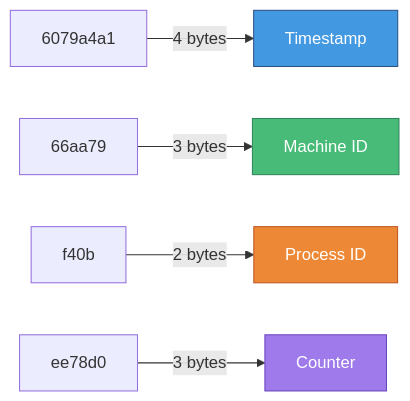
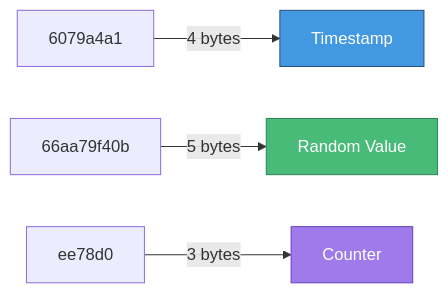
Before and after one commit to VIVES-Zuid/node: the first of 4 diagrams in 09-Mongoose-Modeling/07-objectids.md, drawn with Mermaid. The commit also changed other lines of this file and 24 other files, not shown here.

````diff
--- a/09-Mongoose-Modeling/07-objectids.md
+++ b/09-Mongoose-Modeling/07-objectids.md
@@ -27,12 +27,10 @@
 ```mermaid
 graph LR
     A[6079a4a1] -->|4 bytes| B[Timestamp]
-    C[66aa79] -->|3 bytes| D[Machine ID]
-    E[f40b] -->|2 bytes| F[Process ID]
-    G[ee78d0] -->|3 bytes| H[Counter]
+    C[66aa79f40b] -->|5 bytes| D[Random Value]
+    E[ee78d0] -->|3 bytes| F[Counter]
     
     style B fill:#4299e1,stroke:#2c5282,color:#fff
     style D fill:#48bb78,stroke:#2f855a,color:#fff
-    style F fill:#ed8936,stroke:#c05621,color:#fff
-    style H fill:#9f7aea,stroke:#6b46c1,color:#fff
+    style F fill:#9f7aea,stroke:#6b46c1,color:#fff
 ```
````
